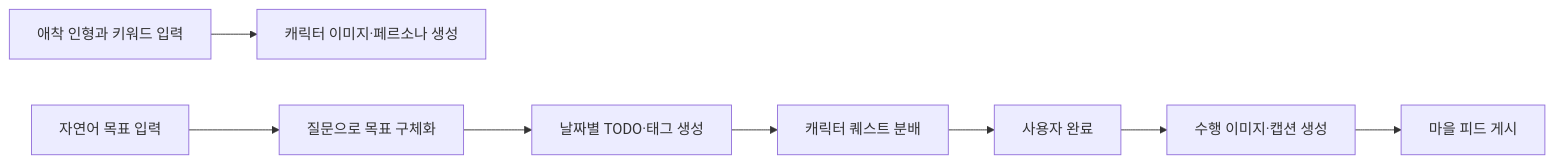
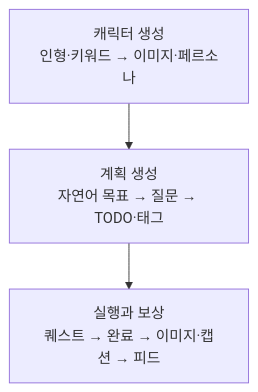
One commit to bigmooon/mongle-ai changed the first of 2 diagrams in README.md. Above: the diagram before and after it, drawn with Mermaid. The commit also changed other lines of this file, not shown here.

````diff
--- a/README.md
+++ b/README.md
@@ -30,10 +40,8 @@
 ```mermaid
-flowchart LR
-    A[애착 인형과 키워드 입력] --> B[캐릭터 이미지·페르소나 생성]
-    C[자연어 목표 입력] --> D[질문으로 목표 구체화]
-    D --> E[날짜별 TODO·태그 생성]
-    E --> F[캐릭터 퀘스트 분배]
-    F --> G[사용자 완료]
-    G --> H[수행 이미지·캡션 생성]
-    H --> I[마을 피드 게시]
+flowchart TB
+    CHARACTER["캐릭터 생성<br/>인형·키워드 → 이미지·페르소나"]
+    PLAN["계획 생성<br/>자연어 목표 → 질문 → TODO·태그"]
+    REWARD["실행과 보상<br/>퀘스트 → 완료 → 이미지·캡션 → 피드"]
+
+    CHARACTER --> PLAN --> REWARD
 ```
````
